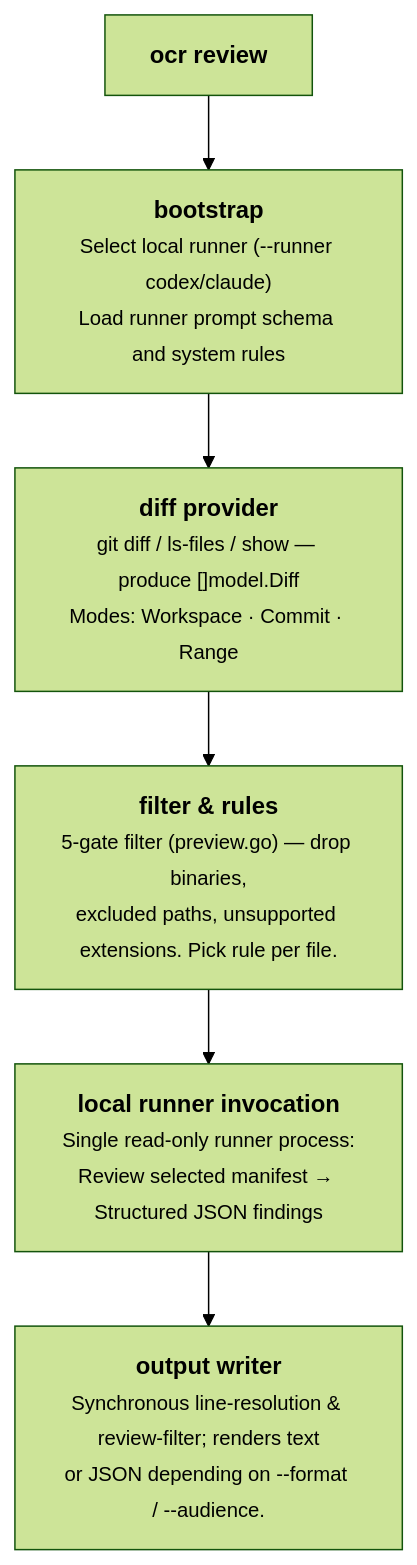
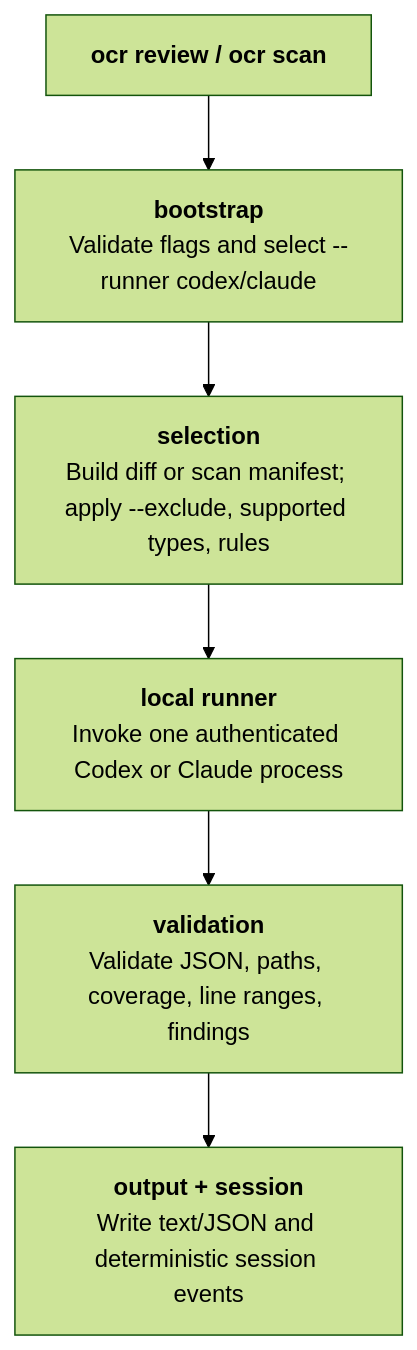
The diagram in pages/src/content/docs/en/architecture.md (chenjiayi8/open-code-review), drawn with Mermaid (forest theme) before and after one commit. The commit also changed other lines of this file and 27 other files, not shown here.

Commit message:
docs: align local runner architecture docs

````diff
--- a/pages/src/content/docs/en/architecture.md
+++ b/pages/src/content/docs/en/architecture.md
@@ -14,11 +11,10 @@
 ```mermaid
 flowchart TD
-    A["<b>ocr review</b>"]
-    B["<b>bootstrap</b><br/><span style='font-size:0.85em'>Select local runner (--runner codex/claude)<br/>Load runner prompt schema and system rules</span>"]
-    C["<b>diff provider</b><br/><span style='font-size:0.85em'>git diff / ls-files / show — produce []model.Diff<br/>Modes: Workspace · Commit · Range</span>"]
-    D["<b>filter & rules</b><br/><span style='font-size:0.85em'>5-gate filter (preview.go) — drop binaries,<br/>excluded paths, unsupported extensions. Pick rule per file.</span>"]
-    E["<b>local runner invocation</b><br/><span style='font-size:0.85em'>Single read-only runner process:<br/>Review selected manifest → Structured JSON findings</span>"]
-    F["<b>output writer</b><br/><span style='font-size:0.85em'>Synchronous line-resolution & review-filter; renders text<br/>or JSON depending on --format / --audience.</span>"]
-
+    A["<b>ocr review / ocr scan</b>"]
+    B["<b>bootstrap</b><br/>Validate flags and select --runner codex/claude"]
+    C["<b>selection</b><br/>Build diff or scan manifest; apply --exclude, supported types, rules"]
+    D["<b>local runner</b><br/>Invoke one authenticated Codex or Claude process"]
+    E["<b>validation</b><br/>Validate JSON, paths, coverage, line ranges, findings"]
+    F["<b>output + session</b><br/>Write text/JSON and deterministic session events"]
     A --> B --> C --> D --> E --> F
 ```
````
